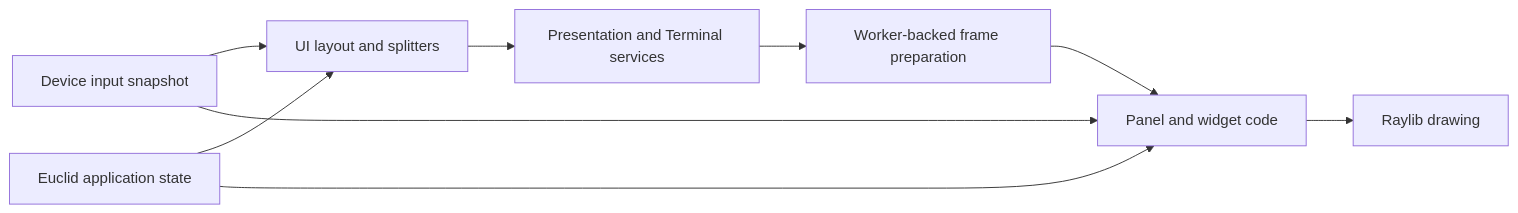
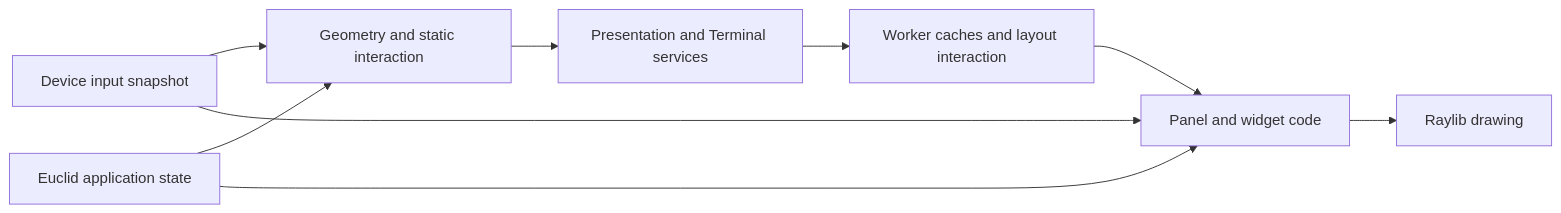
Before and after one commit to derekshoneycutt/Euclid: the first of 5 diagrams in docs/wiki/Guides/UiSystem.md, drawn with Mermaid. The commit also changed other lines of this file and 22 other files, not shown here.

````diff
--- a/docs/wiki/Guides/UiSystem.md
+++ b/docs/wiki/Guides/UiSystem.md
@@ -64,19 +64,19 @@
 ```mermaid
 flowchart LR
     Input[Device input snapshot]
     State[Euclid application state]
-    Layout[UI layout and splitters]
+    Layout[Geometry and static interaction]
     Services[Presentation and Terminal services]
-    Prepare[Worker-backed frame preparation]
+    Prepare[Worker caches and layout interaction]
     Panels[Panel and widget code]
     Draw[Raylib drawing]
 
     Input --> Layout
     State --> Layout
     Layout --> Services
     Services --> Prepare
     State --> Panels
     Input --> Panels
     Prepare --> Panels
     Panels --> Draw
 ```
````
